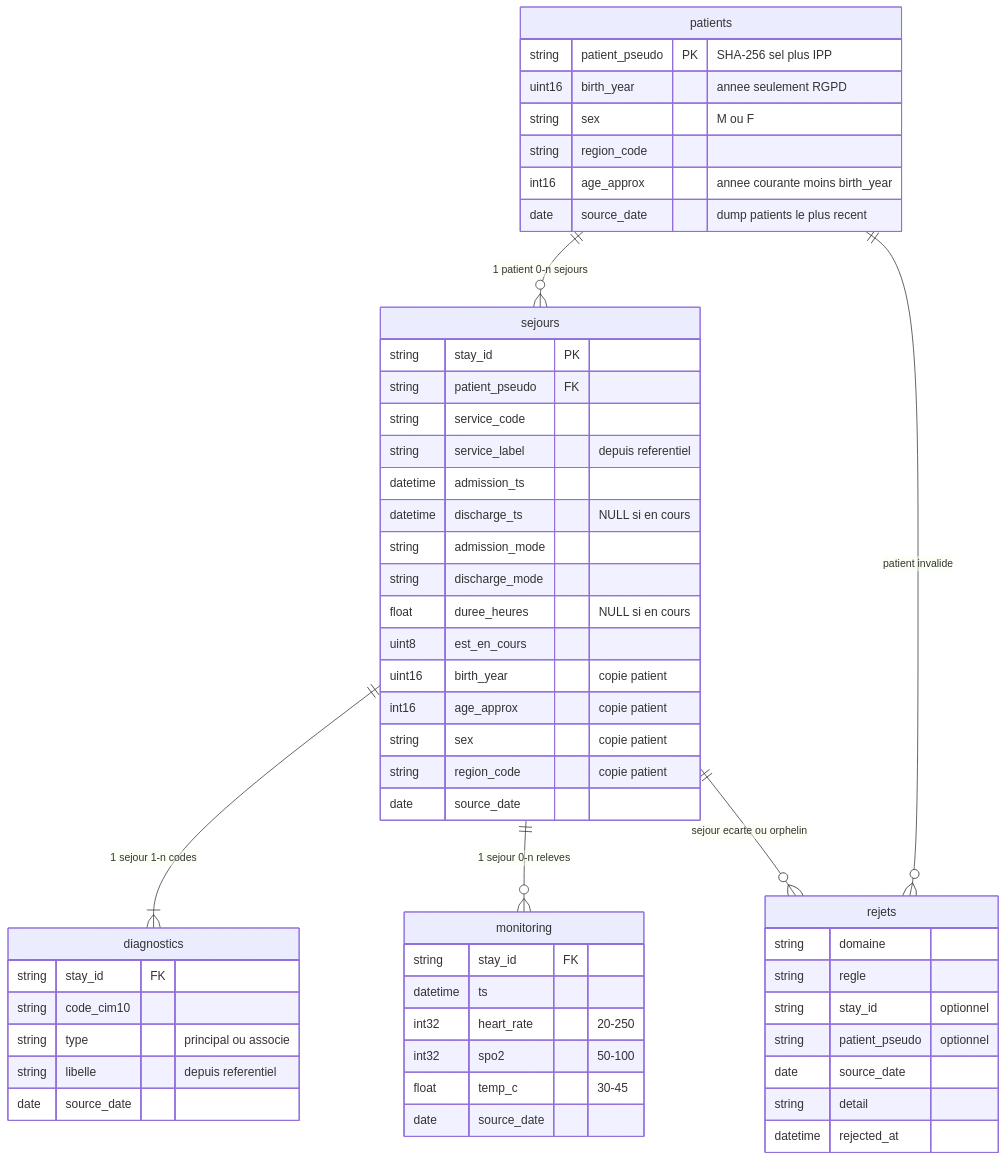
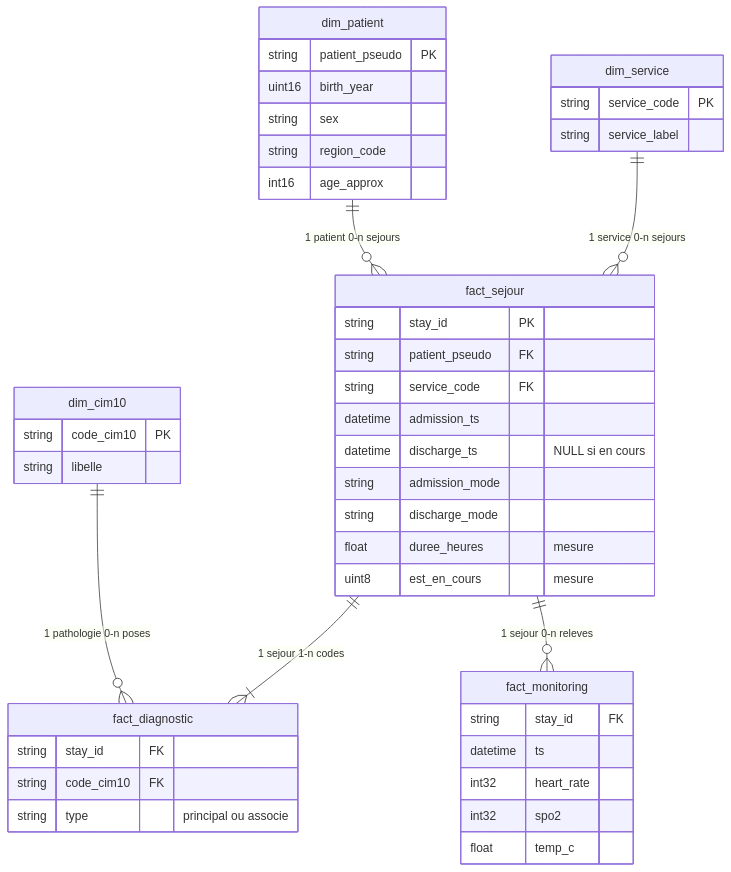
One commit to theo-code33/big-data-chu changed the diagram in docs/modele-silver.md. Above: the diagram before and after it, drawn with Mermaid. The commit also changed other lines of this file and 5 other files, not shown here.

````diff
--- a/docs/modele-silver.md
+++ b/docs/modele-silver.md
@@ -23,58 +21,47 @@
 ```mermaid
 erDiagram
-    patients {
-        string patient_pseudo PK "SHA-256 sel plus IPP"
-        uint16 birth_year "annee seulement RGPD"
-        string sex "M ou F"
+    dim_patient {
+        string patient_pseudo PK
+        uint16 birth_year
+        string sex
         string region_code
-        int16 age_approx "annee courante moins birth_year"
-        date source_date "dump patients le plus recent"
+        int16 age_approx
     }
-    sejours {
+    dim_service {
+        string service_code PK
+        string service_label
+    }
+    dim_cim10 {
+        string code_cim10 PK
+        string libelle
+    }
+    fact_sejour {
         string stay_id PK
         string patient_pseudo FK
-        string service_code
-        string service_label "depuis referentiel"
+        string service_code FK
         datetime admission_ts
         datetime discharge_ts "NULL si en cours"
         string admission_mode
         string discharge_mode
-        float duree_heures "NULL si en cours"
-        uint8 est_en_cours
-        uint16 birth_year "copie patient"
-        int16 age_approx "copie patient"
-        string sex "copie patient"
-        string region_code "copie patient"
-        date source_date
+        float duree_heures "mesure"
+        uint8 est_en_cours "mesure"
     }
-    diagnostics {
+    fact_diagnostic {
         string stay_id FK
-        string code_cim10
+        string code_cim10 FK
         string type "principal ou associe"
-        string libelle "depuis referentiel"
-        date source_date
     }
-    monitoring {
+    fact_monitoring {
         string stay_id FK
         datetime ts
-        int32 heart_rate "20-250"
-        int32 spo2 "50-100"
-        float temp_c "30-45"
-        date source_date
-    }
-    rejets {
-        string domaine
-        string regle
-        string stay_id "optionnel"
-        string patient_pseudo "optionnel"
-        date source_date
-        string detail
-        datetime rejected_at
+        int32 heart_rate
+        int32 spo2
+        float temp_c
     }
 
-    patients ||--o{ sejours : "1 patient 0-n sejours"
-    sejours ||--|{ diagnostics : "1 sejour 1-n codes"
-    sejours ||--o{ monitoring : "1 sejour 0-n releves"
-    sejours ||--o{ rejets : "sejour ecarte ou orphelin"
-    patients ||--o{ rejets : "patient invalide"
+    dim_patient ||--o{ fact_sejour : "1 patient 0-n sejours"
+    dim_service ||--o{ fact_sejour : "1 service 0-n sejours"
+    fact_sejour ||--|{ fact_diagnostic : "1 sejour 1-n codes"
+    dim_cim10 ||--o{ fact_diagnostic : "1 pathologie 0-n poses"
+    fact_sejour ||--o{ fact_monitoring : "1 sejour 0-n releves"
 ```
````
